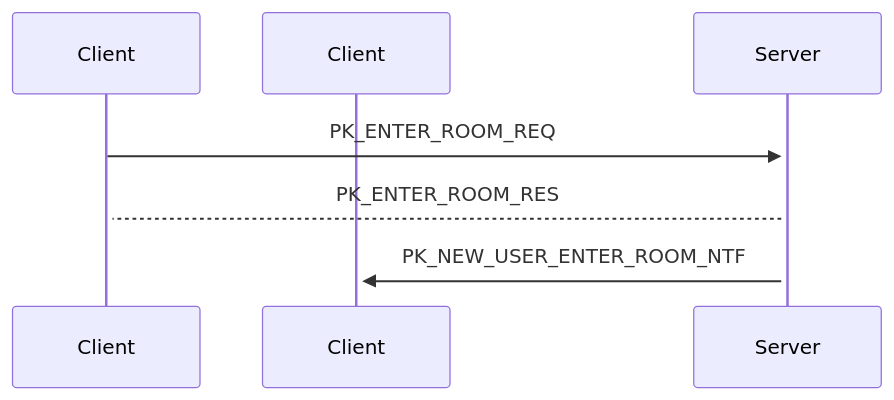
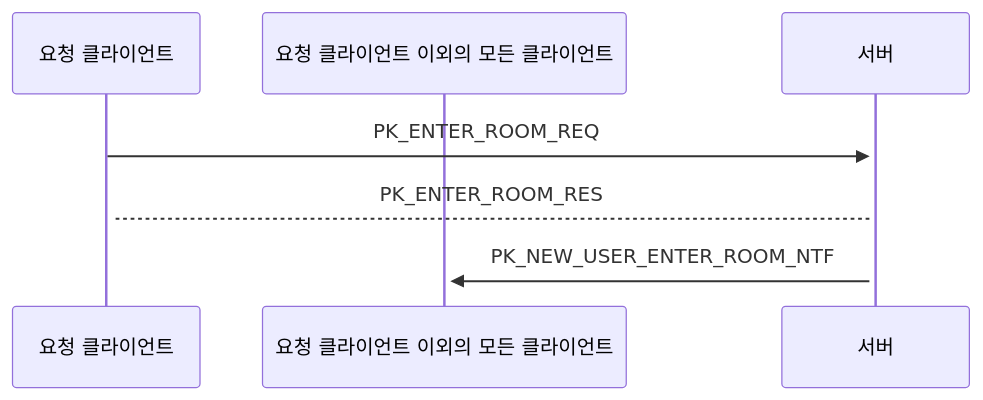
The first of 3 diagrams in README.md (42StudyGame/Game_Server_Study_01), drawn with Mermaid before and after one commit. The commit also changed other lines of this file, not shown here.

````diff
--- a/README.md
+++ b/README.md
@@ -46,10 +46,10 @@
 ```mermaid
 sequenceDiagram
-   participant c as Client
-   participant c_other as Client
-   participant s as Server
+   participant c as 요청 클라이언트 
+   participant c_other as 요청 클라이언트 이외의 모든 클라이언트
+   participant s as 서버
   
    c ->>+ s: PK_ENTER_ROOM_REQ
    s -->+ c: PK_ENTER_ROOM_RES
    s ->>+ c_other: PK_NEW_USER_ENTER_ROOM_NTF
-```  
+```   
````
